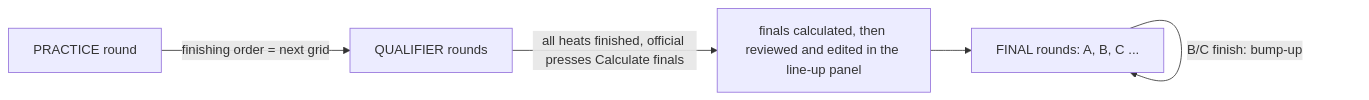
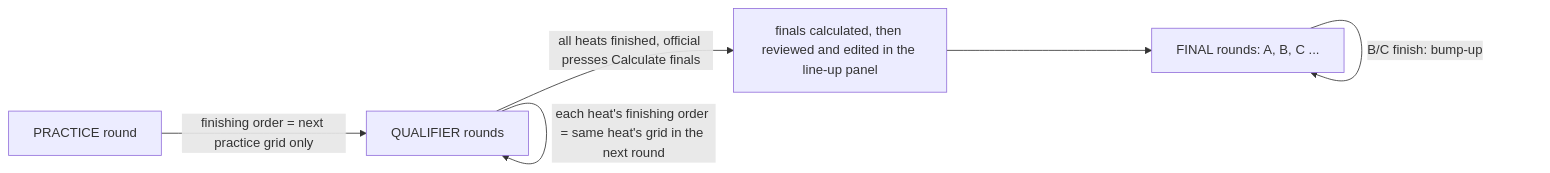
One commit to RCRaceHub/RCTimingControl changed the second of 3 diagrams in docs/developer/race-lifecycle.md. Above: the diagram before and after it, drawn with Mermaid. The commit also changed other lines of this file and 6 other files, not shown here.

````diff
--- a/docs/developer/race-lifecycle.md
+++ b/docs/developer/race-lifecycle.md
@@ -41,7 +41,8 @@
 ```mermaid
 flowchart LR
-    P[PRACTICE round] -->|finishing order = next grid| Q[QUALIFIER rounds]
+    P[PRACTICE round] -->|finishing order = next practice grid only| Q[QUALIFIER rounds]
+    Q -->|each heat's finishing order = same heat's grid in the next round| Q
     Q -->|all heats finished, official presses Calculate finals| S[finals calculated, then reviewed and edited in the line-up panel]
     S --> F[FINAL rounds: A, B, C ...]
     F -->|B/C finish: bump-up| F
 ```
````
